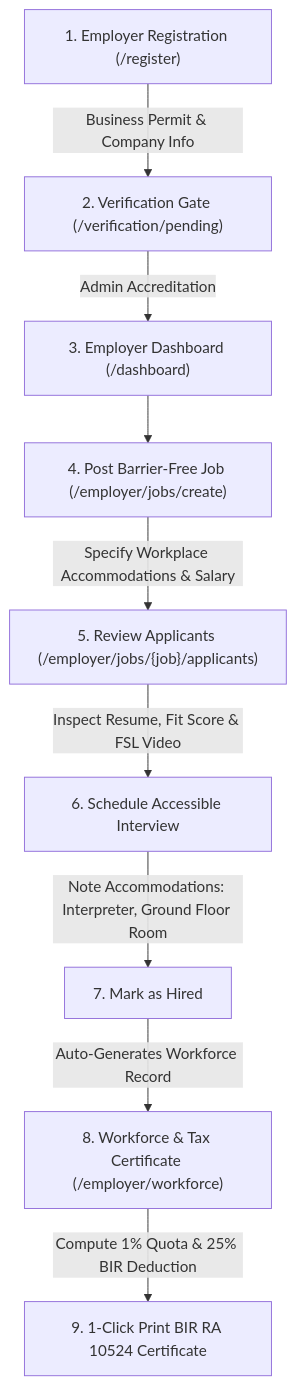
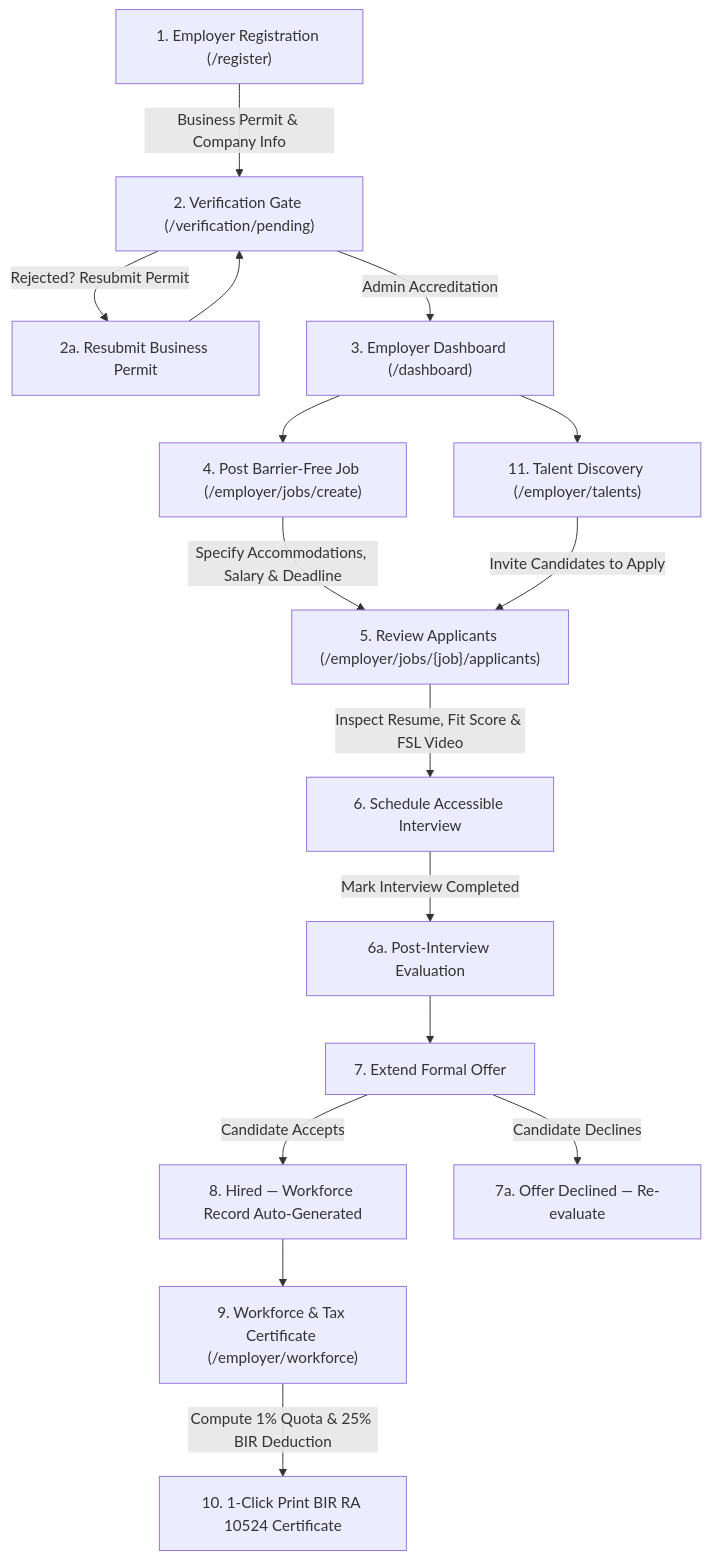
Before and after one commit to Nishieeee/pwd-e: the second of 4 diagrams in pwd-e-app/docs/SYSTEM_WORKFLOWS.md, drawn with Mermaid. The commit also changed other lines of this file, not shown here.

Commit message:
docs: update system workflows with lifecycle hardening, offer states, and notifications

````diff
--- a/pwd-e-app/docs/SYSTEM_WORKFLOWS.md
+++ b/pwd-e-app/docs/SYSTEM_WORKFLOWS.md
@@ -77,11 +113,18 @@
 ```mermaid
 flowchart TD
     A["1. Employer Registration (/register)"] -->|"Business Permit & Company Info"| B["2. Verification Gate (/verification/pending)"]
+    B -->|"Rejected? Resubmit Permit"| B2["2a. Resubmit Business Permit"]
+    B2 --> B
     B -->|"Admin Accreditation"| C["3. Employer Dashboard (/dashboard)"]
     C --> D["4. Post Barrier-Free Job (/employer/jobs/create)"]
-    D -->|"Specify Workplace Accommodations & Salary"| E["5. Review Applicants (/employer/jobs/{job}/applicants)"]
+    D -->|"Specify Accommodations, Salary & Deadline"| E["5. Review Applicants (/employer/jobs/{job}/applicants)"]
     E -->|"Inspect Resume, Fit Score & FSL Video"| F["6. Schedule Accessible Interview"]
-    F -->|"Note Accommodations: Interpreter, Ground Floor Room"| G["7. Mark as Hired"]
-    G -->|"Auto-Generates Workforce Record"| H["8. Workforce & Tax Certificate (/employer/workforce)"]
-    H -->|"Compute 1% Quota & 25% BIR Deduction"| I["9. 1-Click Print BIR RA 10524 Certificate"]
+    F -->|"Mark Interview Completed"| F2["6a. Post-Interview Evaluation"]
+    F2 --> G["7. Extend Formal Offer"]
+    G -->|"Candidate Accepts"| H["8. Hired — Workforce Record Auto-Generated"]
+    G -->|"Candidate Declines"| G2["7a. Offer Declined — Re-evaluate"]
+    H --> I["9. Workforce & Tax Certificate (/employer/workforce)"]
+    I -->|"Compute 1% Quota & 25% BIR Deduction"| J["10. 1-Click Print BIR RA 10524 Certificate"]
+    C --> T["11. Talent Discovery (/employer/talents)"]
+    T -->|"Invite Candidates to Apply"| E
 ```
````
